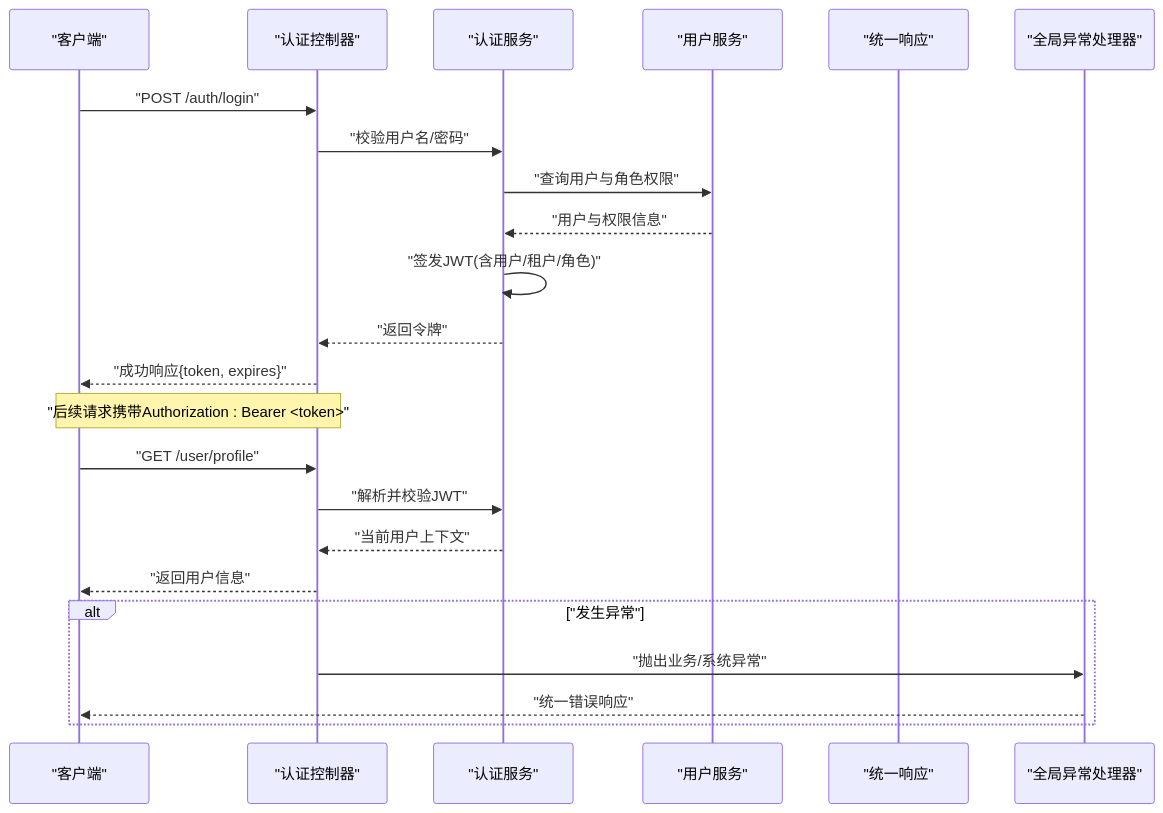
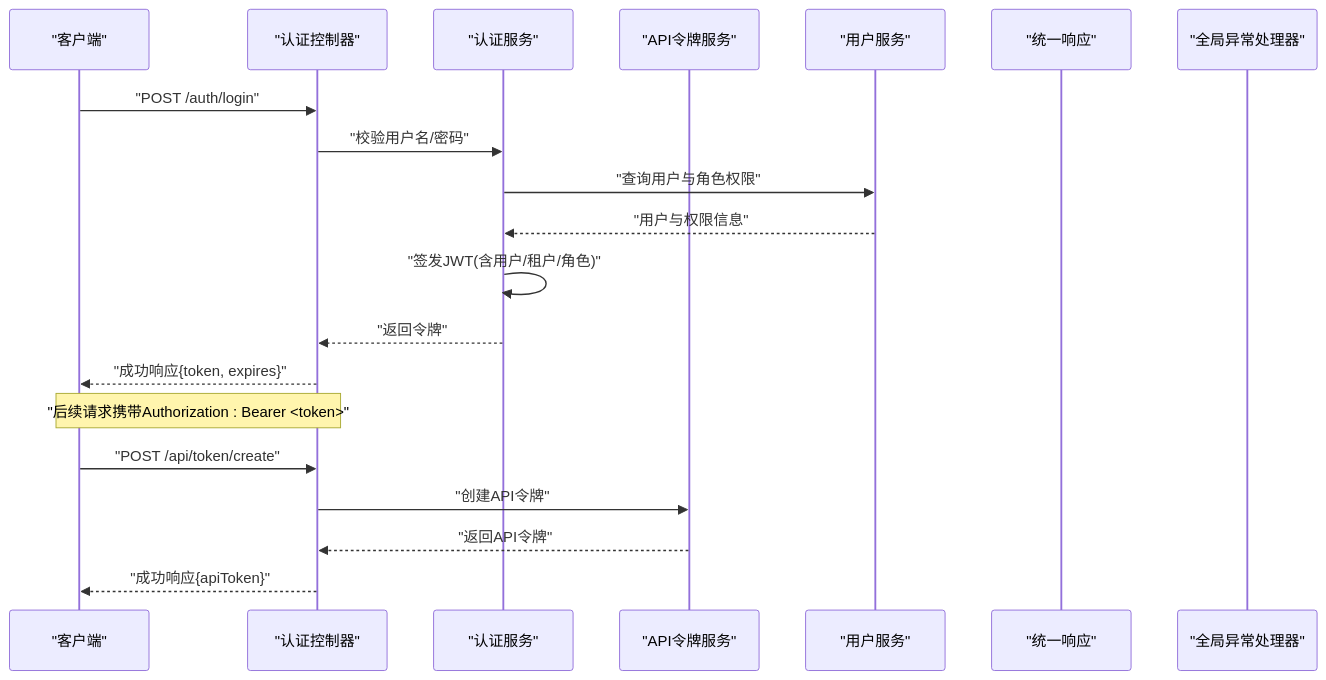
The second of 14 diagrams in .qoder/repowiki/zh/content/API接口文档/用户认证API.md (liming-lihaini/workflow), drawn with Mermaid before and after one commit. The commit also changed other lines of this file and 45 other files, not shown here.

````diff
--- a/.qoder/repowiki/zh/content/API接口文档/用户认证API.md
+++ b/.qoder/repowiki/zh/content/API接口文档/用户认证API.md
@@ -114,25 +114,22 @@
 ```mermaid
 sequenceDiagram
 participant C as "客户端"
 participant A as "认证控制器"
 participant S as "认证服务"
+participant AS as "API令牌服务"
 participant U as "用户服务"
 participant R as "统一响应"
 participant X as "全局异常处理器"
 C->>A : "POST /auth/login"
 A->>S : "校验用户名/密码"
 S->>U : "查询用户与角色权限"
 U-->>S : "用户与权限信息"
 S->>S : "签发JWT(含用户/租户/角色)"
 S-->>A : "返回令牌"
 A-->>C : "成功响应{token, expires}"
 Note over C,A : "后续请求携带Authorization : Bearer <token>"
-C->>A : "GET /user/profile"
-A->>S : "解析并校验JWT"
-S-->>A : "当前用户上下文"
-A-->>C : "返回用户信息"
-alt "发生异常"
-A->>X : "抛出业务/系统异常"
-X-->>C : "统一错误响应"
-end
+C->>A : "POST /api/token/create"
+A->>AS : "创建API令牌"
+AS-->>A : "返回API令牌"
+A-->>C : "成功响应{apiToken}"
 ```
````
